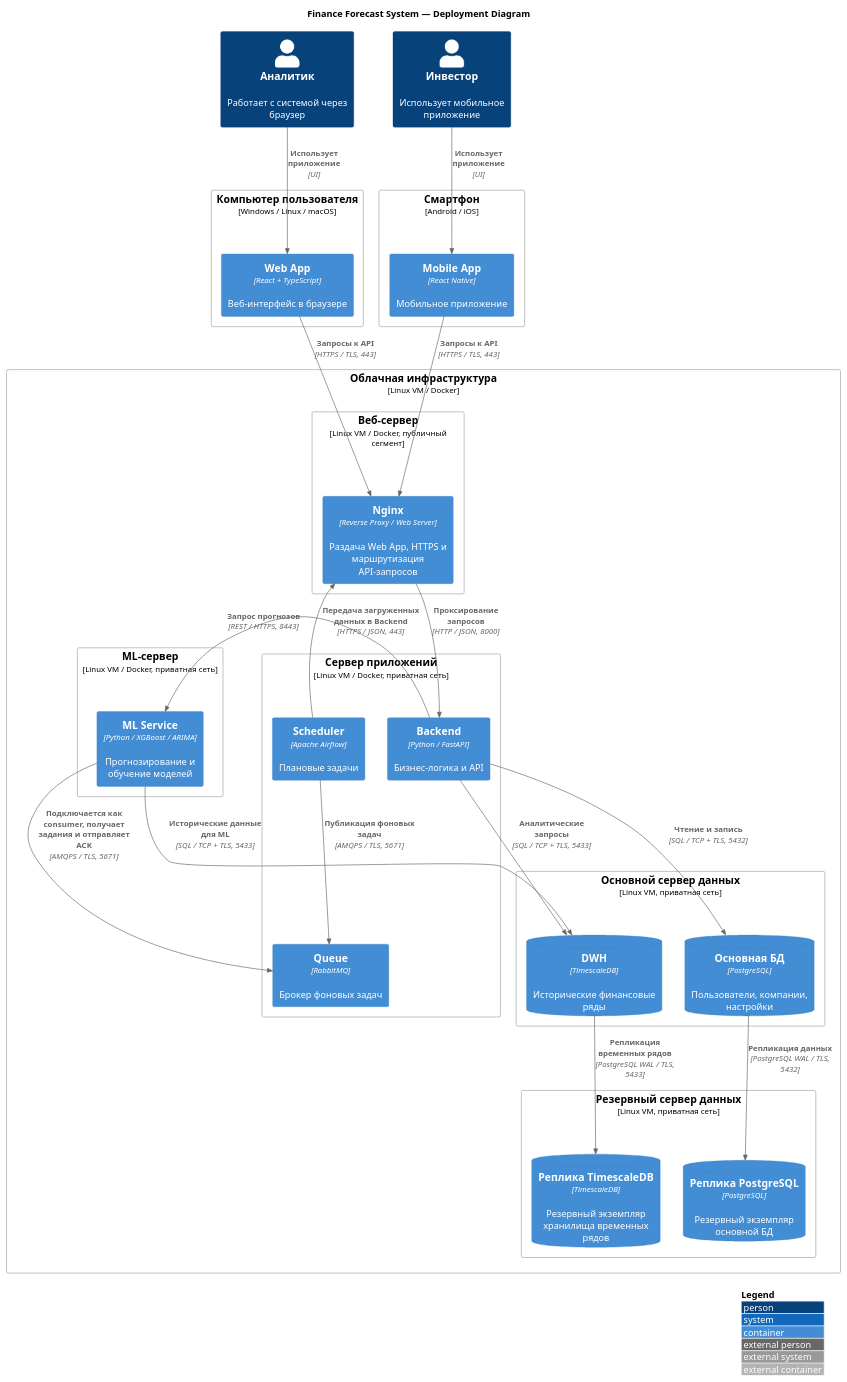
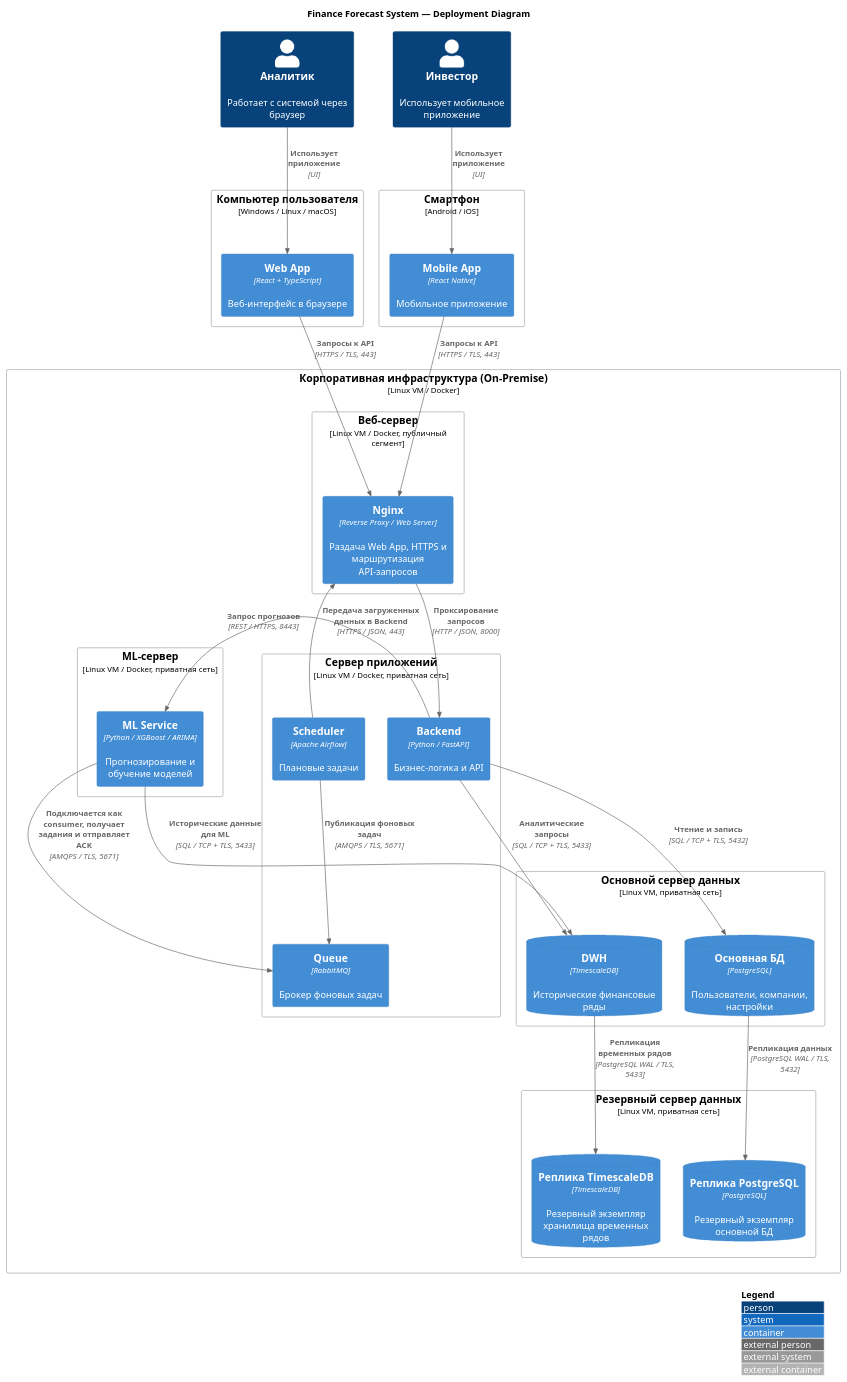
The diagram in src/lab4/deployment.puml (Jjots/finance-forecast-app), drawn with PlantUML before and after one commit.

Commit message:
Update cloud deployment description to On-Premise

```diff
--- a/src/lab4/deployment.puml
+++ b/src/lab4/deployment.puml
@@ -2,67 +2,67 @@
 @startuml
 !include https://raw.githubusercontent.com/plantuml-stdlib/C4-PlantUML/master/C4_Deployment.puml
 
 LAYOUT_WITH_LEGEND()
 
 title Finance Forecast System — Deployment Diagram
 
 Person(analyst, "Аналитик", "Работает с системой через браузер")
 Person(investor, "Инвестор", "Использует мобильное приложение")
 
 Deployment_Node(pc, "Компьютер пользователя", "Windows / Linux / macOS") {
     Container(web_app, "Web App", "React + TypeScript", "Веб-интерфейс в браузере")
 }
 
 Deployment_Node(phone, "Смартфон", "Android / iOS") {
     Container(mobile_app, "Mobile App", "React Native", "Мобильное приложение")
 }
 
-Deployment_Node(cloud, "Облачная инфраструктура", "Linux VM / Docker") {
+Deployment_Node(cloud, "Корпоративная инфраструктура (On-Premise)", "Linux VM / Docker") {
 
     Deployment_Node(web_server, "Веб-сервер", "Linux VM / Docker, публичный сегмент") {
         Container(nginx, "Nginx", "Reverse Proxy / Web Server", "Раздача Web App, HTTPS и маршрутизация API-запросов")
     }
 
     Deployment_Node(app_server, "Сервер приложений", "Linux VM / Docker, приватная сеть") {
         Container(backend, "Backend", "Python / FastAPI", "Бизнес-логика и API")
         Container(scheduler, "Scheduler", "Apache Airflow", "Плановые задачи")
         Container(queue, "Queue", "RabbitMQ", "Брокер фоновых задач")
     }
 
     Deployment_Node(ml_server, "ML-сервер", "Linux VM / Docker, приватная сеть") {
         Container(ml_service, "ML Service", "Python / XGBoost / ARIMA", "Прогнозирование и обучение моделей")
     }
 
     Deployment_Node(db_server, "Основной сервер данных", "Linux VM, приватная сеть") {
         ContainerDb(db_main, "Основная БД", "PostgreSQL", "Пользователи, компании, настройки")
         ContainerDb(dwh, "DWH", "TimescaleDB", "Исторические финансовые ряды")
     }
 
     Deployment_Node(replica_server, "Резервный сервер данных", "Linux VM, приватная сеть") {
         ContainerDb(db_main_replica, "Реплика PostgreSQL", "PostgreSQL", "Резервный экземпляр основной БД")
         ContainerDb(dwh_replica, "Реплика TimescaleDB", "TimescaleDB", "Резервный экземпляр хранилища временных рядов")
     }
 }
 
 Rel(analyst, web_app, "Использует приложение", "UI")
 Rel(investor, mobile_app, "Использует приложение", "UI")
 
 Rel(web_app, nginx, "Запросы к API", "HTTPS / TLS, 443")
 Rel(mobile_app, nginx, "Запросы к API", "HTTPS / TLS, 443")
 
 Rel(nginx, backend, "Проксирование запросов", "HTTP / JSON, 8000")
 
 Rel(backend, ml_service, "Запрос прогнозов", "REST / HTTPS, 8443")
 
 Rel(backend, db_main, "Чтение и запись", "SQL / TCP + TLS, 5432")
 Rel(backend, dwh, "Аналитические запросы", "SQL / TCP + TLS, 5433")
 Rel(ml_service, dwh, "Исторические данные для ML", "SQL / TCP + TLS, 5433")
 
 Rel(scheduler, nginx, "Передача загруженных данных в Backend", "HTTPS / JSON, 443")
 Rel(scheduler, queue, "Публикация фоновых задач", "AMQPS / TLS, 5671")
 Rel(ml_service, queue, "Подключается как consumer, получает задания и отправляет ACK", "AMQPS / TLS, 5671")
 
 Rel(db_main, db_main_replica, "Репликация данных", "PostgreSQL WAL / TLS, 5432")
 Rel(dwh, dwh_replica, "Репликация временных рядов", "PostgreSQL WAL / TLS, 5433")
 
 @enduml
```
